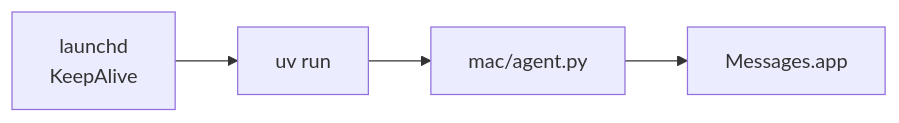
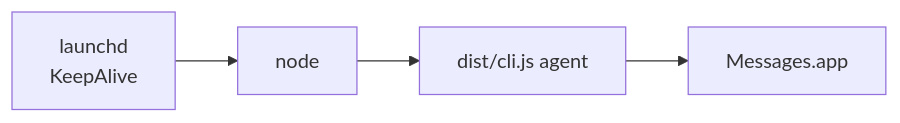
Before and after one commit to paulyuk/imessage-bridge: the diagram in INSTALL.md, drawn with Mermaid. The commit also changed other lines of this file and 37 other files, not shown here.

````diff
--- a/INSTALL.md
+++ b/INSTALL.md
@@ -110,6 +103,6 @@
 ```mermaid
 flowchart LR
-    L[launchd<br/>KeepAlive] --> U[uv run]
-    U --> A[mac/agent.py]
+    L[launchd<br/>KeepAlive] --> N[node]
+    N --> A[dist/cli.js agent]
     A --> M[Messages.app]
 ```
````
